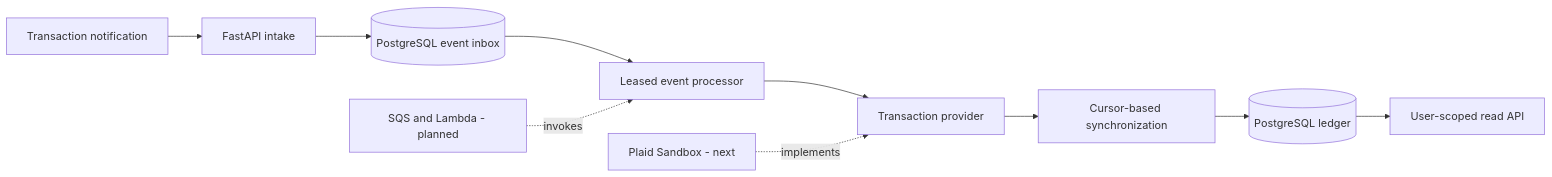
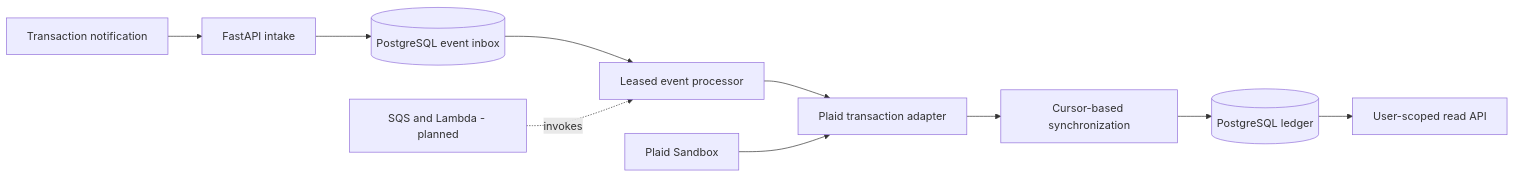
One commit to Xander-Murray/ledge changed the diagram in README.md. Above: the diagram before and after it, drawn with Mermaid. The commit also changed other lines of this file and 7 other files, not shown here.

````diff
--- a/README.md
+++ b/README.md
@@ -26,13 +28,13 @@
 ```mermaid
 flowchart LR
     webhook[Transaction notification] --> api[FastAPI intake]
     api --> inbox[(PostgreSQL event inbox)]
     inbox --> worker[Leased event processor]
-    worker --> provider[Transaction provider]
+    worker --> provider[Plaid transaction adapter]
     provider --> sync[Cursor-based synchronization]
     sync --> ledger[(PostgreSQL ledger)]
     ledger --> reads[User-scoped read API]
 
-    plaid[Plaid Sandbox - next] -. implements .-> provider
+    plaid[Plaid Sandbox] --> provider
     sqs[SQS and Lambda - planned] -. invokes .-> worker
 ```
````
